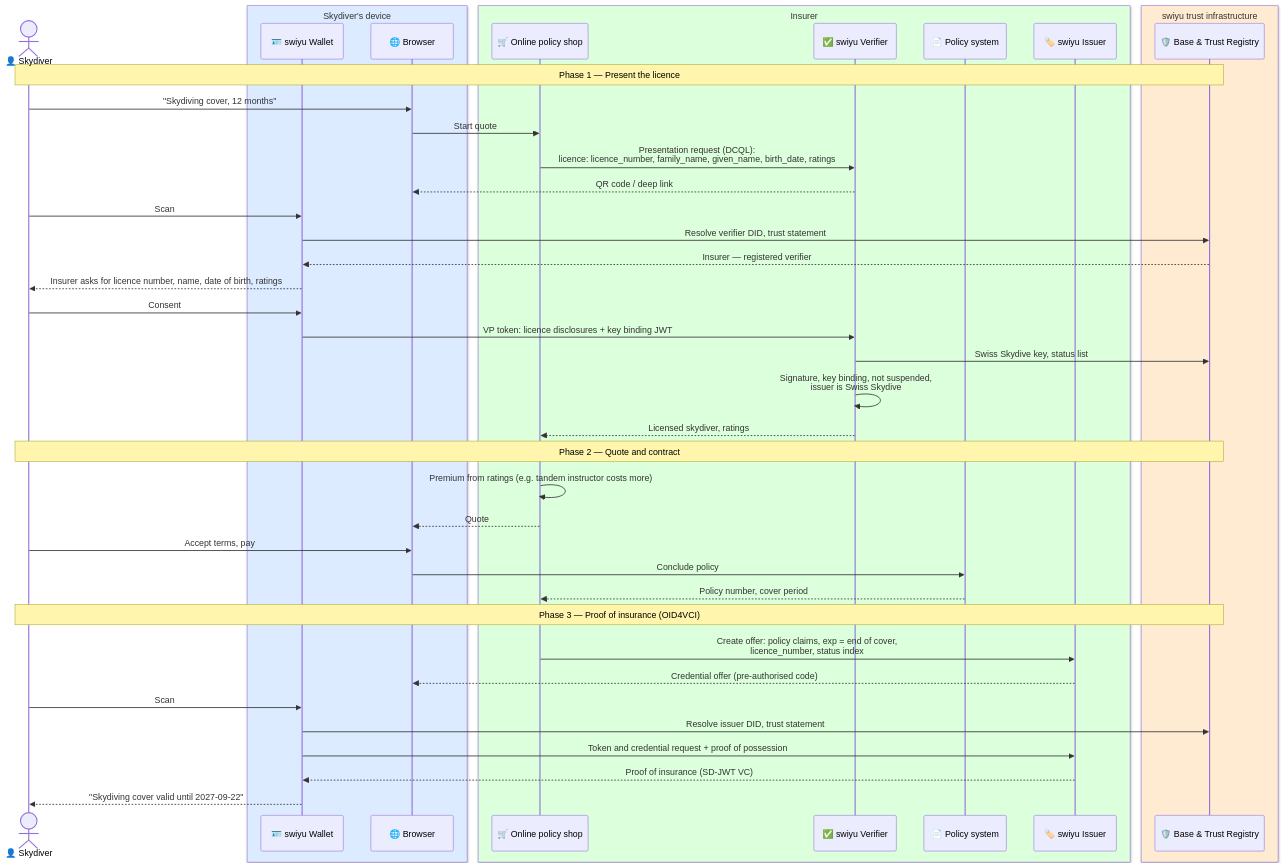
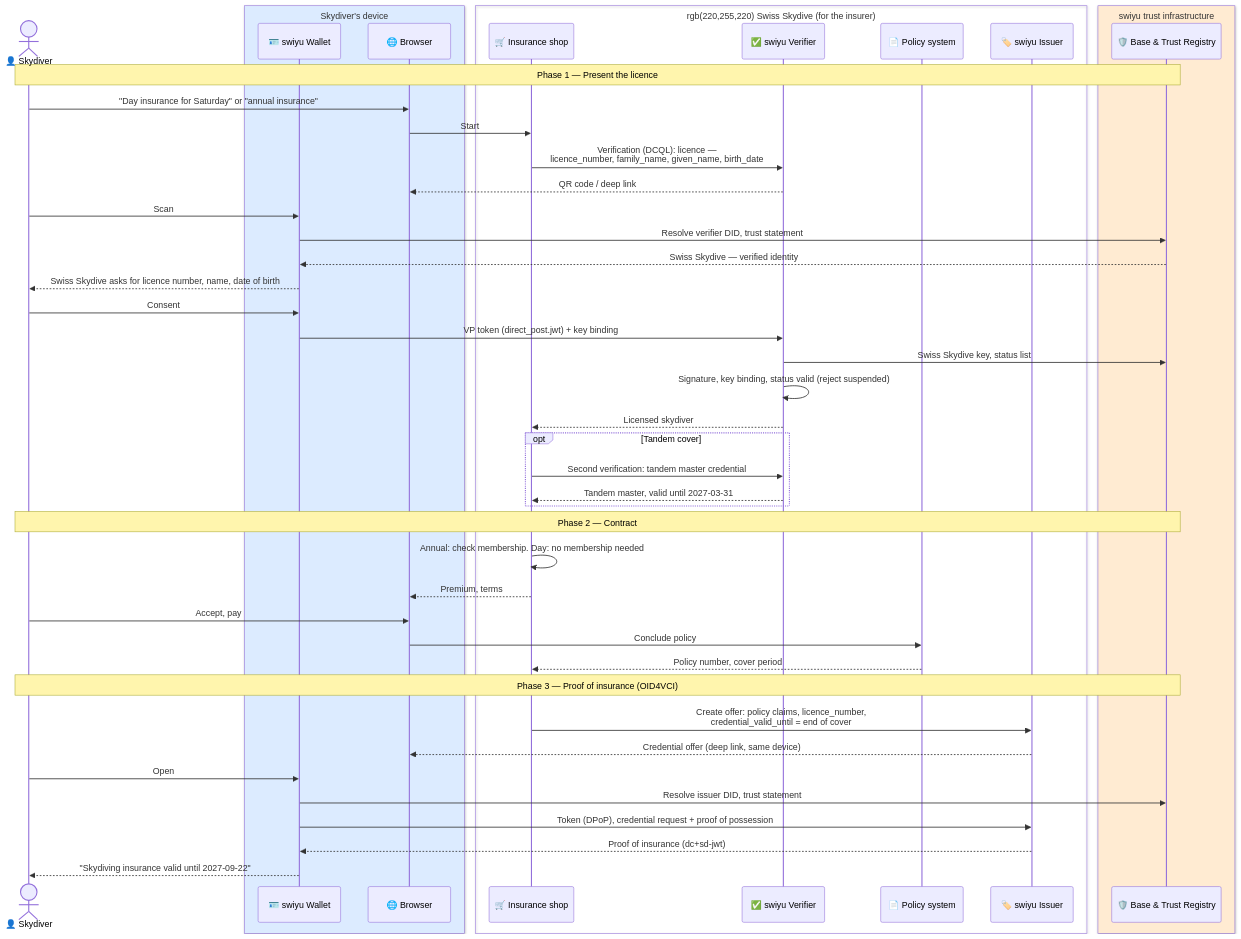
One commit to DIDAS-swiss/Trust-Flow-Diagram-Repository changed the diagram in insurance/README.md. Above: the diagram before and after it, drawn with Mermaid. The commit also changed other lines of this file and 11 other files, not shown here.

````diff
--- a/insurance/README.md
+++ b/insurance/README.md
@@ -31,52 +43,56 @@
 ```mermaid
 %%{init: {"theme": "default", "themeVariables": {"fontFamily": "Inter, Arial"}}}%%
 sequenceDiagram
     actor Jumper as 👤 Skydiver
 
     box rgb(220,235,255) Skydiver's device
         participant Wallet as 🪪 swiyu Wallet
         participant Browser as 🌐 Browser
     end
 
-    box rgb(220,255,220) Insurer
-        participant Shop as 🛒 Online policy shop
+    box rgb(220,255,220) Swiss Skydive (for the insurer)
+        participant Shop as 🛒 Insurance shop
         participant Verifier as ✅ swiyu Verifier
         participant Policy as 📄 Policy system
         participant Issuer as 🏷️ swiyu Issuer
     end
 
     box rgb(255,235,210) swiyu trust infrastructure
         participant Trust as 🛡️ Base & Trust Registry
     end
 
     Note over Jumper,Trust: Phase 1 — Present the licence
-    Jumper->>Browser: "Skydiving cover, 12 months"
-    Browser->>Shop: Start quote
-    Shop->>Verifier: Presentation request (DCQL):<br/>licence: licence_number, family_name, given_name, birth_date, ratings
+    Jumper->>Browser: "Day insurance for Saturday" or "annual insurance"
+    Browser->>Shop: Start
+    Shop->>Verifier: Verification (DCQL): licence —<br/>licence_number, family_name, given_name, birth_date
     Verifier-->>Browser: QR code / deep link
     Jumper->>Wallet: Scan
     Wallet->>Trust: Resolve verifier DID, trust statement
-    Trust-->>Wallet: Insurer — registered verifier
-    Wallet-->>Jumper: Insurer asks for licence number, name, date of birth, ratings
+    Trust-->>Wallet: Swiss Skydive — verified identity
+    Wallet-->>Jumper: Swiss Skydive asks for licence number, name, date of birth
     Jumper->>Wallet: Consent
-    Wallet->>Verifier: VP token: licence disclosures + key binding JWT
+    Wallet->>Verifier: VP token (direct_post.jwt) + key binding
     Verifier->>Trust: Swiss Skydive key, status list
-    Verifier->>Verifier: Signature, key binding, not suspended,<br/>issuer is Swiss Skydive
-    Verifier-->>Shop: Licensed skydiver, ratings
+    Verifier->>Verifier: Signature, key binding, status valid (reject suspended)
+    Verifier-->>Shop: Licensed skydiver
+    opt Tandem cover
+        Shop->>Verifier: Second verification: tandem master credential
+        Verifier-->>Shop: Tandem master, valid until 2027-03-31
+    end
 
-    Note over Jumper,Trust: Phase 2 — Quote and contract
-    Shop->>Shop: Premium from ratings (e.g. tandem instructor costs more)
-    Shop-->>Browser: Quote
-    Jumper->>Browser: Accept terms, pay
+    Note over Jumper,Trust: Phase 2 — Contract
+    Shop->>Shop: Annual: check membership. Day: no membership needed
+    Shop-->>Browser: Premium, terms
+    Jumper->>Browser: Accept, pay
     Browser->>Policy: Conclude policy
     Policy-->>Shop: Policy number, cover period
 
     Note over Jumper,Trust: Phase 3 — Proof of insurance (OID4VCI)
-    Shop->>Issuer: Create offer: policy claims, exp = end of cover,<br/>licence_number, status index
-    Issuer-->>Browser: Credential offer (pre-authorised code)
-    Jumper->>Wallet: Scan
+    Shop->>Issuer: Create offer: policy claims, licence_number,<br/>credential_valid_until = end of cover
+    Issuer-->>Browser: Credential offer (deep link, same device)
+    Jumper->>Wallet: Open
     Wallet->>Trust: Resolve issuer DID, trust statement
-    Wallet->>Issuer: Token and credential request + proof of possession
-    Issuer-->>Wallet: Proof of insurance (SD-JWT VC)
-    Wallet-->>Jumper: "Skydiving cover valid until 2027-09-22"
+    Wallet->>Issuer: Token (DPoP), credential request + proof of possession
+    Issuer-->>Wallet: Proof of insurance (dc+sd-jwt)
+    Wallet-->>Jumper: "Skydiving insurance valid until 2027-09-22"
 ```
````
